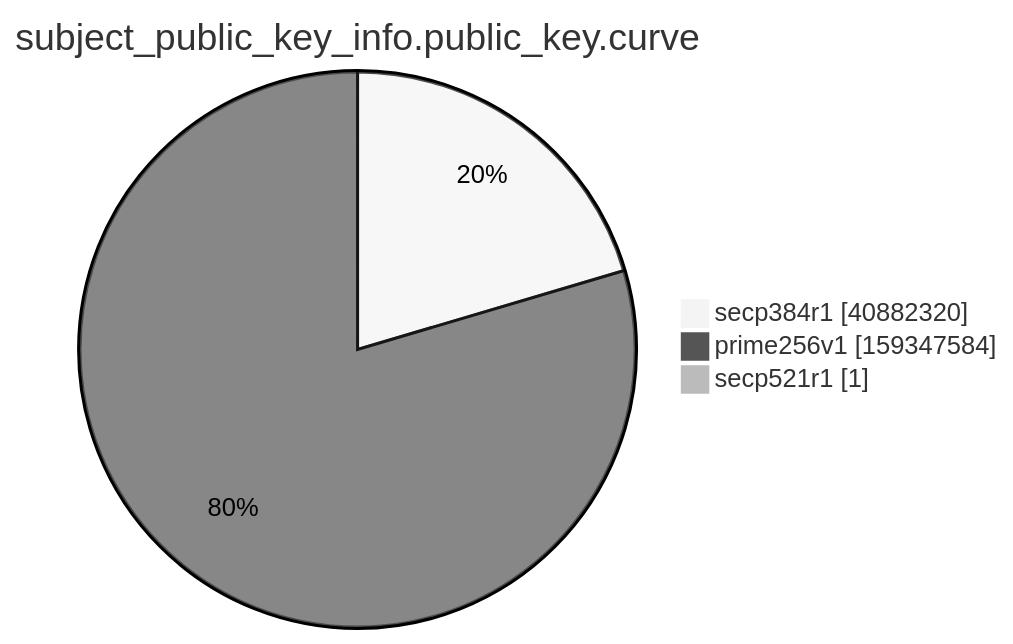
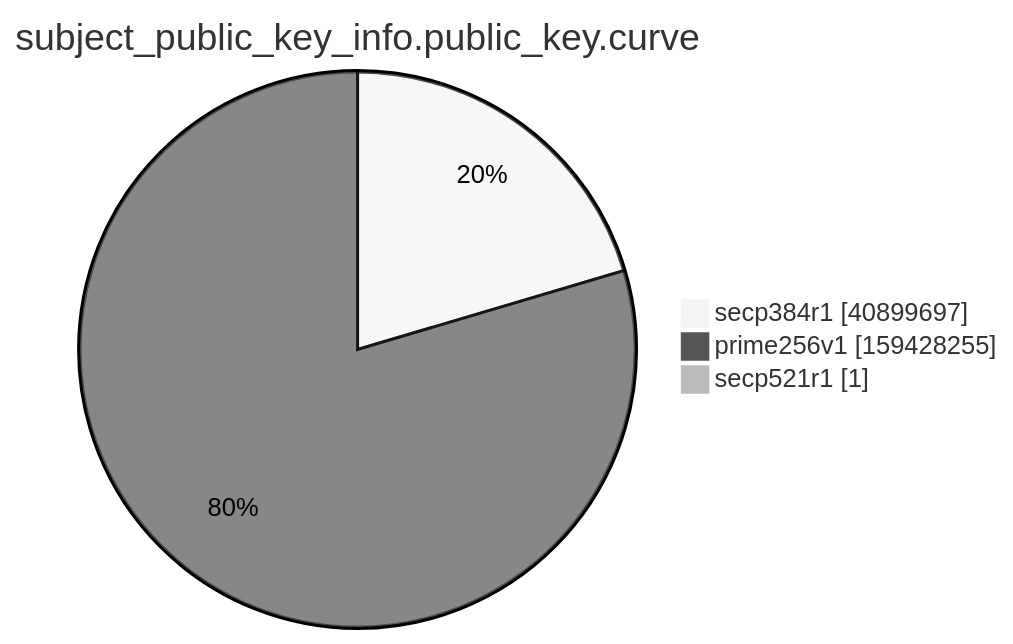
One commit to christiankrug/ctmonitor_visualization changed the ninth of 15 diagrams in xenon2022/README.md. Above: the diagram before and after it, drawn with Mermaid (neutral theme). The commit also changed other lines of this file, not shown here.

````diff
--- a/xenon2022/README.md
+++ b/xenon2022/README.md
@@ -2867,7 +2867,7 @@
 ```mermaid
 pie showData
 title subject_public_key_info.public_key.curve
-"secp384r1" :40882320
-"prime256v1" :159347584
+"secp384r1" :40899697
+"prime256v1" :159428255
 "secp521r1" :1
 ```
````
